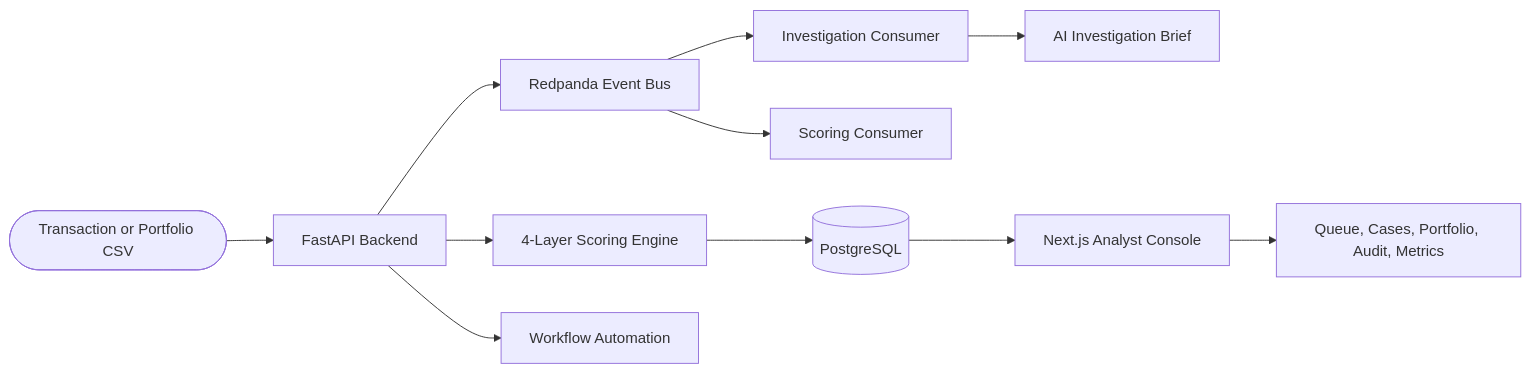
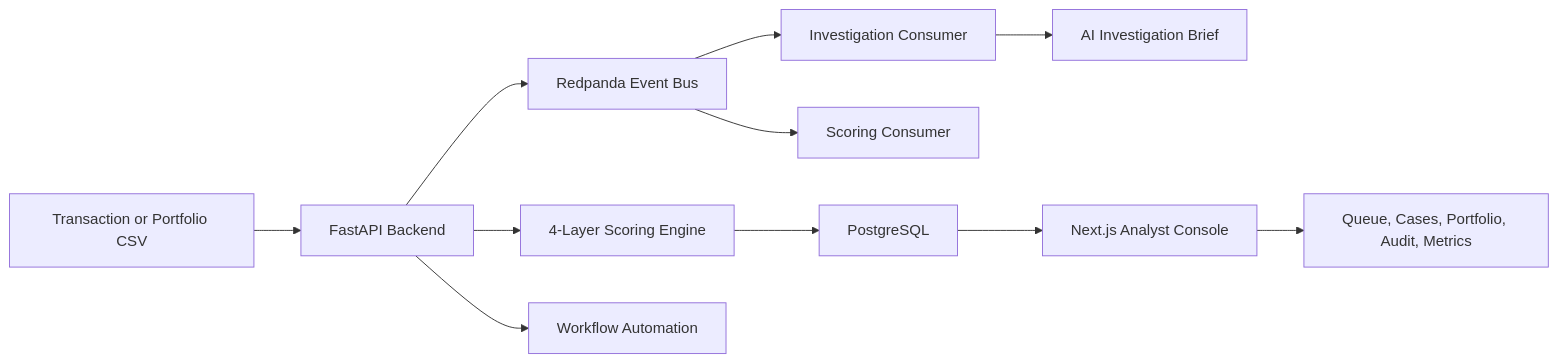
One commit to IjazKakkodDS/transaction-fraud-intelligence-console changed the first of 6 diagrams in README.md. Above: the diagram before and after it, drawn with Mermaid. The commit also changed other lines of this file, not shown here.

Commit message:
Fix README Mermaid rendering

````diff
--- a/README.md
+++ b/README.md
@@ -86,13 +86,13 @@
 ```mermaid
 flowchart LR
-    A(["Transaction or Portfolio CSV"]) --> B["FastAPI Backend"]
+    A["Transaction or Portfolio CSV"] --> B["FastAPI Backend"]
     B --> C["4-Layer Scoring Engine"]
-    C --> D[(PostgreSQL)]
+    C --> D["PostgreSQL"]
     B --> E["Redpanda Event Bus"]
     E --> F["Scoring Consumer"]
     E --> G["Investigation Consumer"]
     G --> H["AI Investigation Brief"]
     B --> I["Workflow Automation"]
     D --> J["Next.js Analyst Console"]
     J --> K["Queue, Cases, Portfolio, Audit, Metrics"]
 ```
````
